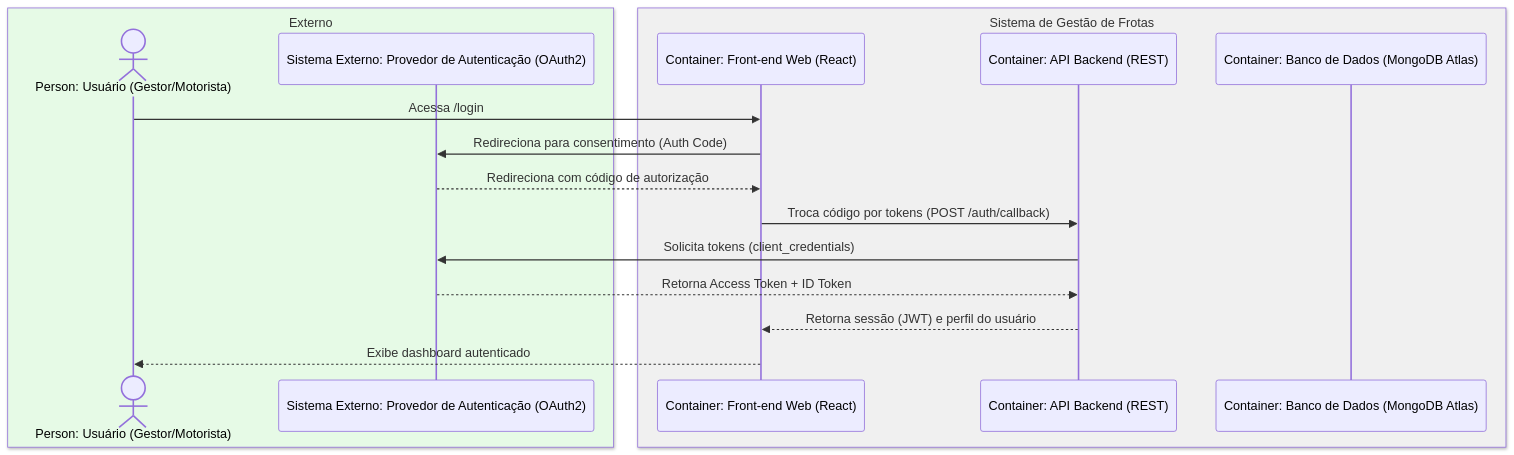
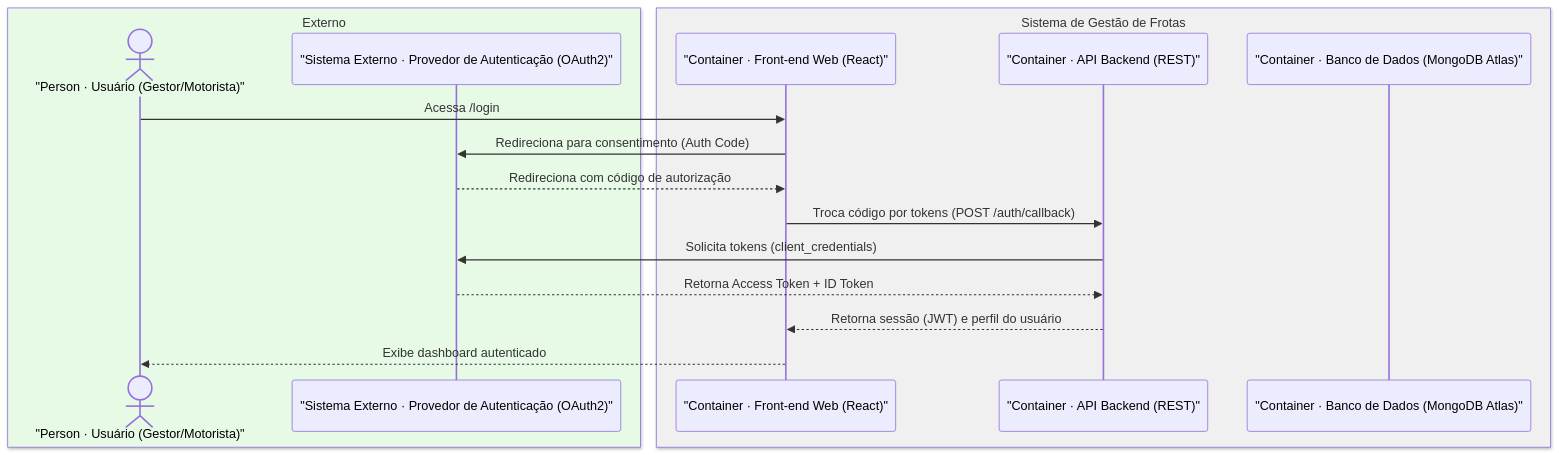
One commit to celfons/Pedro changed the first of 4 diagrams in c4.md. Above: the diagram before and after it, drawn with Mermaid. The commit also changed other lines of this file, not shown here.

````diff
--- a/c4.md
+++ b/c4.md
@@ -9,22 +9,22 @@
 ```mermaid
 sequenceDiagram
     %% Grupos C4
     box rgb(230,250,230) Externo
-      actor U as Person: Usuário (Gestor/Motorista)
-      participant AUTH as Sistema Externo: Provedor de Autenticação (OAuth2)
+      actor U as "Person · Usuário (Gestor/Motorista)"
+      participant AUTH as "Sistema Externo · Provedor de Autenticação (OAuth2)"
     end
     box rgb(240,240,240) Sistema de Gestão de Frotas
-      participant FE as Container: Front-end Web (React)
-      participant API as Container: API Backend (REST)
-      participant DB as Container: Banco de Dados (MongoDB Atlas)
+      participant FE as "Container · Front-end Web (React)"
+      participant API as "Container · API Backend (REST)"
+      participant DB as "Container · Banco de Dados (MongoDB Atlas)"
     end
 
     U->>FE: Acessa /login
     FE->>AUTH: Redireciona para consentimento (Auth Code)
     AUTH-->>FE: Redireciona com código de autorização
     FE->>API: Troca código por tokens (POST /auth/callback)
     API->>AUTH: Solicita tokens (client_credentials)
     AUTH-->>API: Retorna Access Token + ID Token
     API-->>FE: Retorna sessão (JWT) e perfil do usuário
     FE-->>U: Exibe dashboard autenticado
 ```
````
